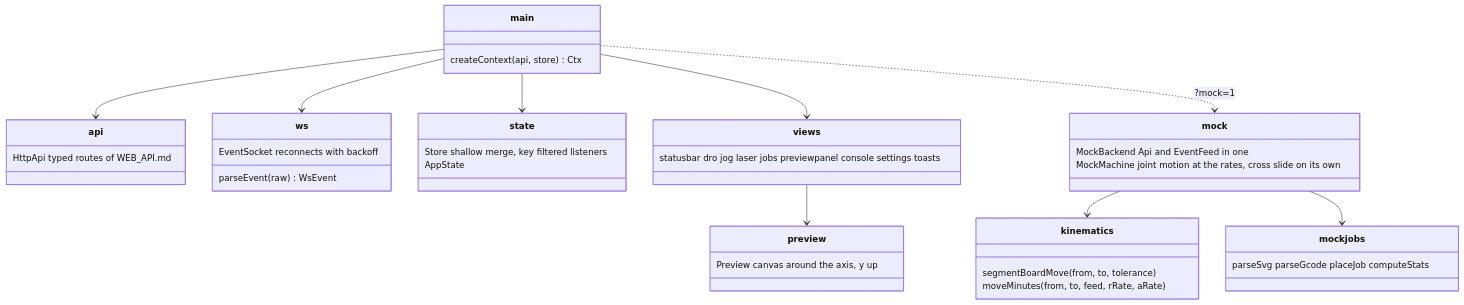
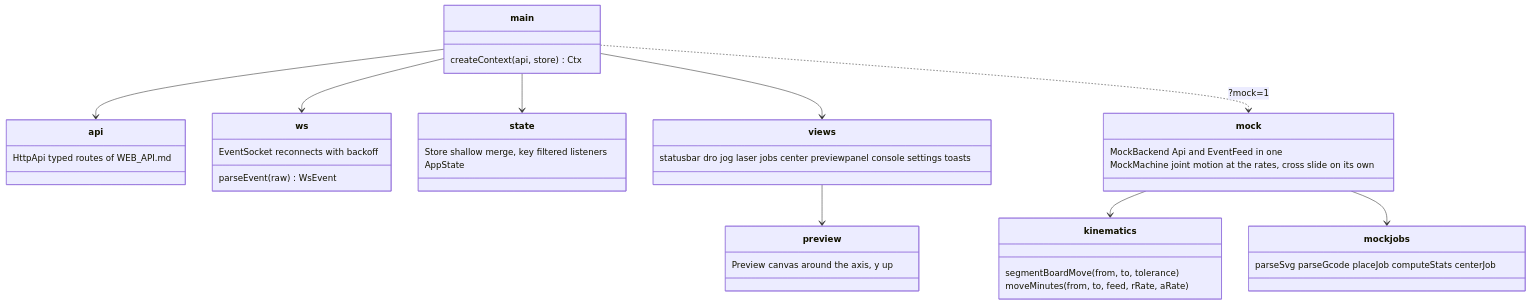
Before and after one commit to tmpk13/spinny-cnc: the diagram in web/frontend/README.md, drawn with Mermaid. The commit also changed 16 other files, not shown here.

Commit message:
Build the spinny-center test burn from the web page: a POST /api/center route that makes the coarse or fine pattern with its options into a stored job, and a Centering test form in the Jobs panel

````diff
--- a/web/frontend/README.md
+++ b/web/frontend/README.md
@@ -27,42 +27,42 @@
 ```mermaid
 classDiagram
     class main {
         createContext(api, store) Ctx
     }
     class api {
         HttpApi  typed routes of WEB_API.md
     }
     class ws {
         EventSocket  reconnects with backoff
         parseEvent(raw) WsEvent
     }
     class state {
         Store  shallow merge, key filtered listeners
         AppState
     }
     class views {
-        statusbar dro jog laser jobs previewpanel console settings toasts
+        statusbar dro jog laser jobs center previewpanel console settings toasts
     }
     class preview {
         Preview  canvas around the axis, y up
     }
     class kinematics {
         segmentBoardMove(from, to, tolerance)
         moveMinutes(from, to, feed, rRate, aRate)
     }
     class mock {
         MockBackend  Api and EventFeed in one
         MockMachine  joint motion at the rates, cross slide on its own
     }
     class mockjobs {
-        parseSvg parseGcode placeJob computeStats
+        parseSvg parseGcode placeJob computeStats centerJob
     }
     main --> api
     main --> ws
     main --> state
     main --> views
     views --> preview
     mock --> kinematics
     mock --> mockjobs
     main ..> mock : ?mock=1
 ```
````
